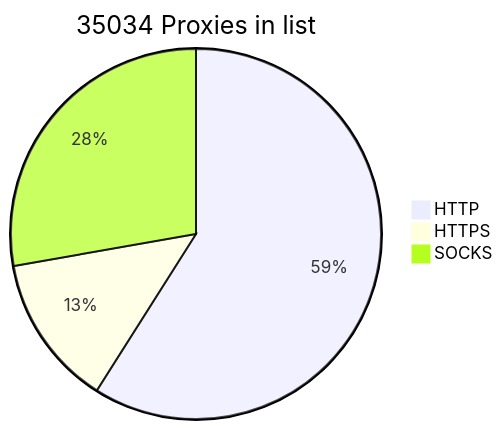
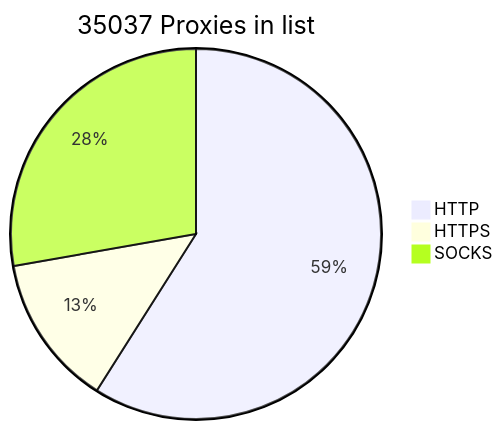
The diagram in README.md (BlackSnowDot/proxylist-update-every-minute), drawn with Mermaid before and after one commit.

````diff
--- a/README.md
+++ b/README.md
@@ -2,6 +2,6 @@
 ```mermaid
-pie title 35034 Proxies in list
+pie title 35037 Proxies in list
     "HTTP" : 22970
     "HTTPS": 5157
-    "SOCKS" : 10812
+    "SOCKS" : 10815
 ```
````
